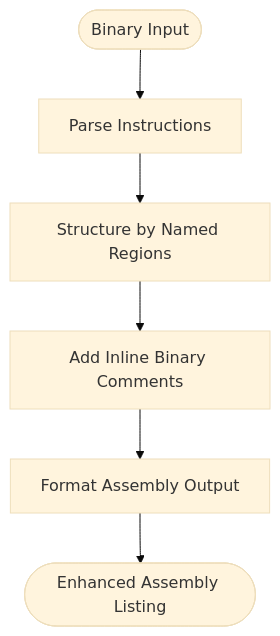
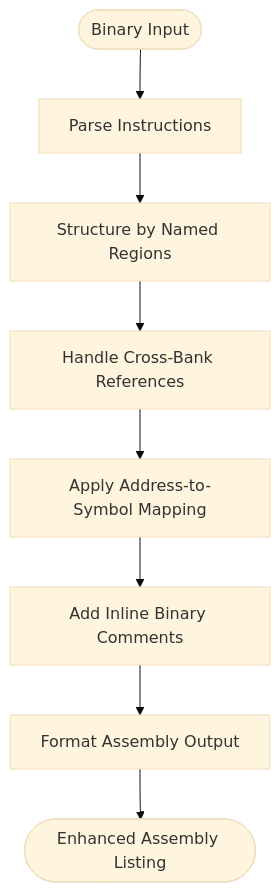
The tenth of 11 diagrams in .qoder/repowiki/en/content/Build System and Tools/Build System and Tools.md (rabbyzero/sango2dasm), drawn with Mermaid (base theme) before and after one commit. The commit also changed other lines of this file and 21 other files, not shown here.

Commit message:
comment aligned. bank $17 $18 parsing.

````diff
--- a/.qoder/repowiki/en/content/Build System and Tools/Build System and Tools.md
+++ b/.qoder/repowiki/en/content/Build System and Tools/Build System and Tools.md
@@ -586,8 +582,10 @@
 ```mermaid
 flowchart TD
 Start(["Binary Input"]) --> Parse["Parse Instructions"]
 Parse --> Structure["Structure by Named Regions"]
-Structure --> Comment["Add Inline Binary Comments"]
+Structure --> CrossRef["Handle Cross-Bank References"]
+CrossRef --> LabelMap["Apply Address-to-Symbol Mapping"]
+LabelMap --> Comment["Add Inline Binary Comments"]
 Comment --> Format["Format Assembly Output"]
 Format --> End(["Enhanced Assembly Listing"])
 ```
````
